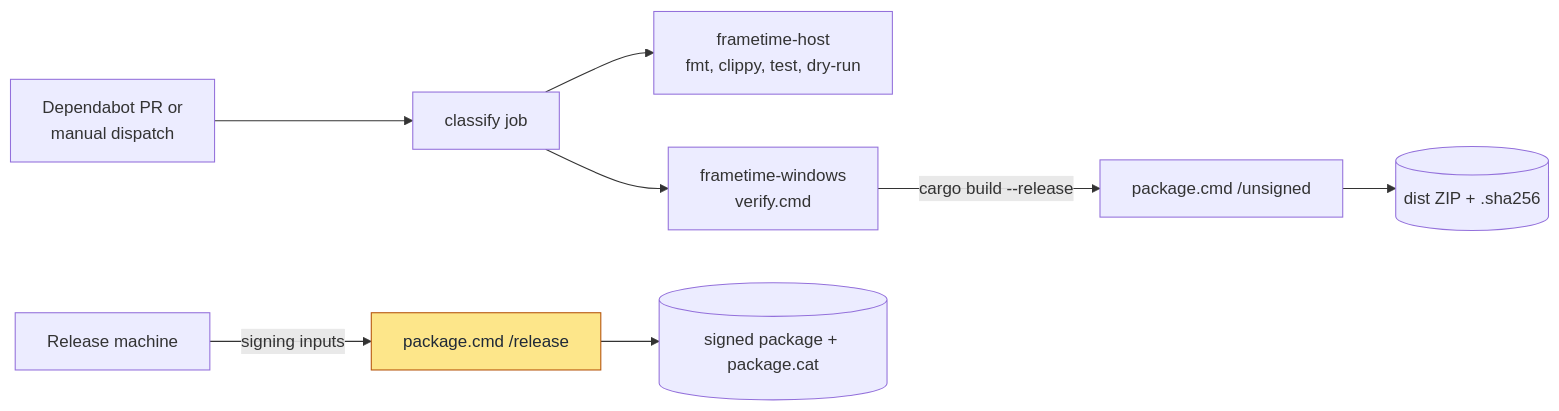
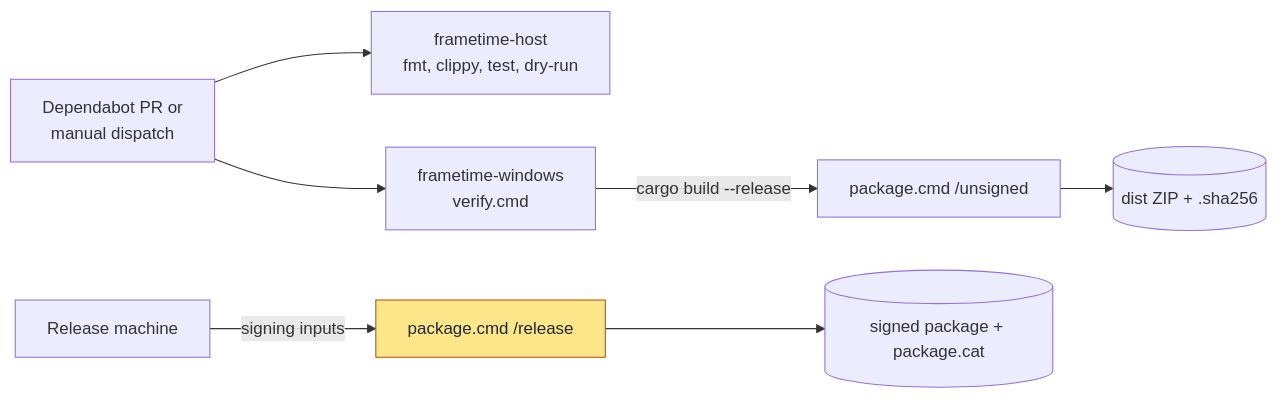
Before and after one commit to sebastianspicker/frametime-cfg: the fifth of 5 diagrams in docs/architecture.md, drawn with Mermaid. The commit also changed other lines of this file and 80 other files, not shown here.

````diff
--- a/docs/architecture.md
+++ b/docs/architecture.md
@@ -266,12 +266,11 @@
 ```mermaid
 flowchart LR
-    pr["Dependabot PR or<br/>manual dispatch"] --> classify["classify job"]
-    classify --> host["frametime-host<br/>fmt, clippy, test, dry-run"]
-    classify --> wingate["frametime-windows<br/>verify.cmd"]
+    pr["Dependabot PR or<br/>manual dispatch"] --> host["frametime-host<br/>fmt, clippy, test, dry-run"]
+    pr --> wingate["frametime-windows<br/>verify.cmd"]
     wingate -->|"cargo build --release"| unsigned["package.cmd /unsigned"]
     unsigned --> zip[("dist ZIP + .sha256")]
     rel["Release machine"] -->|"signing inputs"| release["package.cmd /release"]
     release --> signed[("signed package + package.cat")]
     classDef focus fill:#fde68a,stroke:#b45309,color:#1f2937
     class release focus
 ```
````
